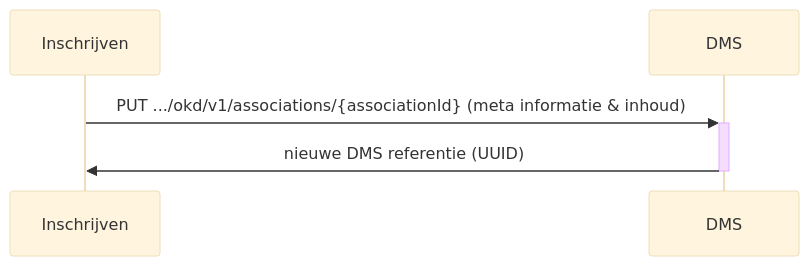
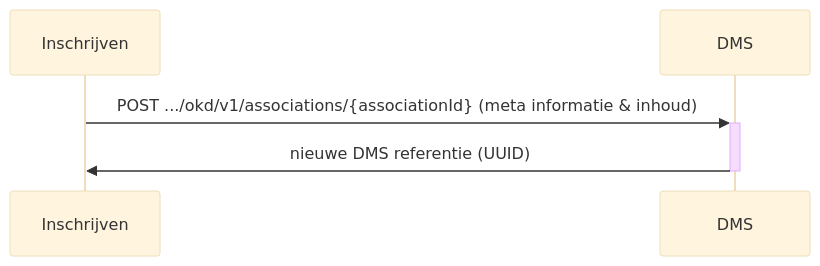
The second of 4 diagrams in doc/flow-1.md (Onderwijs-Koppelingen-OKx/OKD-Document-Management), drawn with Mermaid (base theme) before and after one commit. The commit also changed other lines of this file, not shown here.

Commit message:
Update flow-1 PUT to POST optie b

````diff
--- a/doc/flow-1.md
+++ b/doc/flow-1.md
@@ -190,9 +190,9 @@
 ```mermaid
 sequenceDiagram
     Participant Inschrijven
     Participant DMS
 
-    Inschrijven->>+DMS: PUT .../okd/v1/associations/{associationId} (meta informatie & inhoud)
+    Inschrijven->>+DMS: POST .../okd/v1/associations/{associationId} (meta informatie & inhoud)
     DMS->>-Inschrijven: nieuwe DMS referentie (UUID)
 
 ```
````
